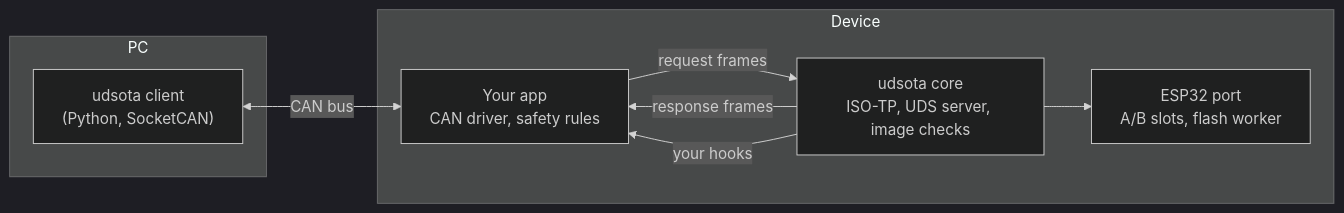
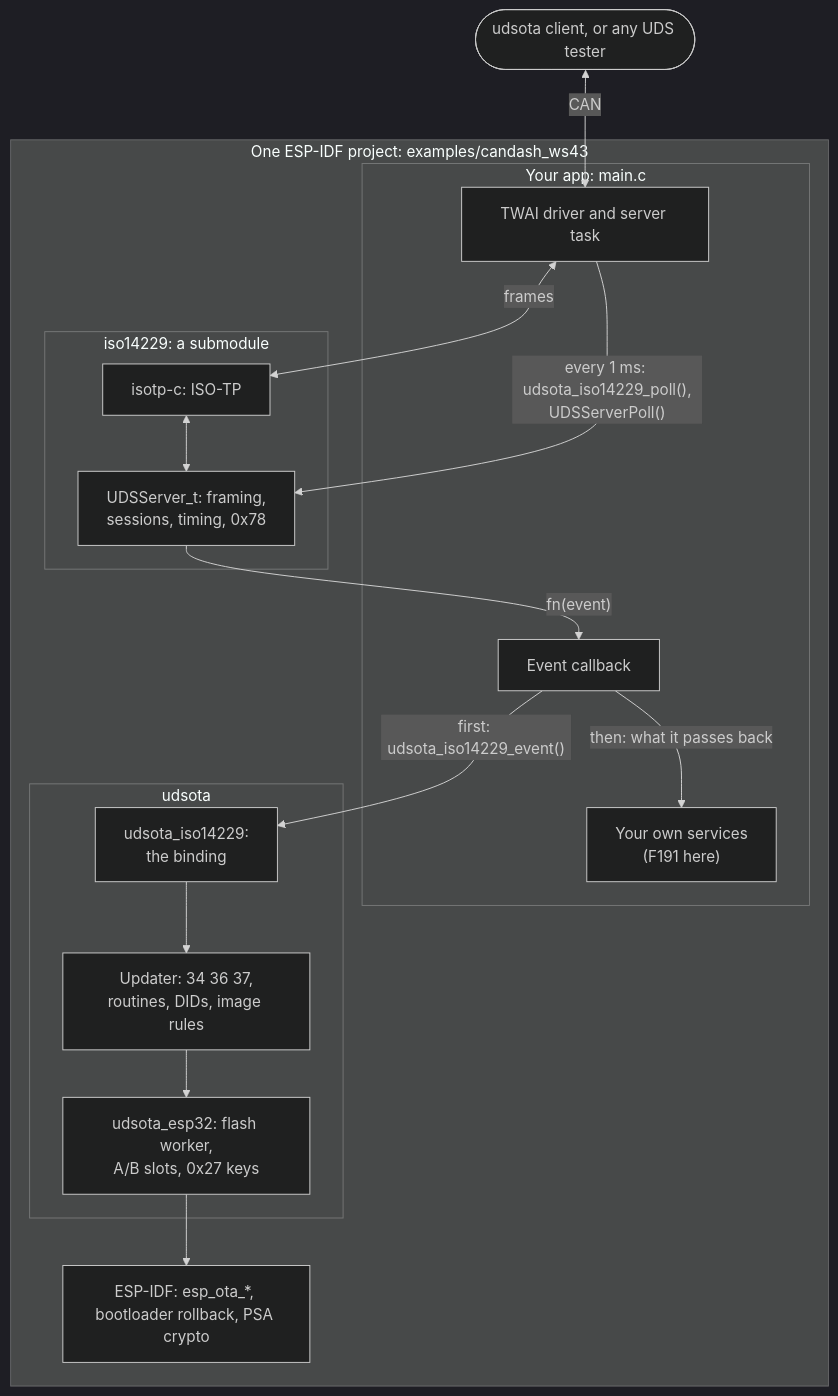
One commit to ramb0t/udsota changed the first of 2 diagrams in README.md. Above: the diagram before and after it, drawn with Mermaid (dark theme). The commit also changed other lines of this file and 1 other file, not shown here.

First line of the commit message:
PoC README: the updater on iso14229, with a map of the repo

````diff
--- a/README.md
+++ b/README.md
@@ -58,16 +9,29 @@
 ```mermaid
-flowchart LR
-    subgraph PC
-        client["udsota client<br/>(Python, SocketCAN)"]
+flowchart TB
+    tester(["udsota client, or any UDS tester"])
+    subgraph project["One ESP-IDF project: examples/candash_ws43"]
+        subgraph app["Your app: main.c"]
+            io["TWAI driver and server task"]
+            callback["Event callback"]
+            own["Your own services<br/>(F191 here)"]
+        end
+        subgraph iso["iso14229: a submodule"]
+            isotp["isotp-c: ISO-TP"]
+            server["UDSServer_t: framing,<br/>sessions, timing, 0x78"]
+        end
+        subgraph udsota["udsota"]
+            binding["udsota_iso14229:<br/>the binding"]
+            updater["Updater: 34 36 37,<br/>routines, DIDs, image rules"]
+            port["udsota_esp32: flash worker,<br/>A/B slots, 0x27 keys"]
+        end
+        idf["ESP-IDF: esp_ota_*, bootloader rollback, PSA crypto"]
     end
-    subgraph Device
-        app["Your app<br/>CAN driver, safety rules"]
-        core["udsota core<br/>ISO-TP, UDS server, image checks"]
-        port["ESP32 port<br/>A/B slots, flash worker"]
-        app -- "request frames" --> core
-        core -- "response frames" --> app
-        core -- "your hooks" --> app
-        core --> port
-    end
-    client <-->|CAN bus| app
+    tester <-->|CAN| io
+    io <-->|frames| isotp
+    isotp <--> server
+    io -->|"every 1 ms: udsota_iso14229_poll(),<br/>UDSServerPoll()"| server
+    server -->|"fn(event)"| callback
+    callback -->|"first: udsota_iso14229_event()"| binding
+    callback -->|"then: what it passes back"| own
+    binding --> updater --> port --> idf
 ```
````
